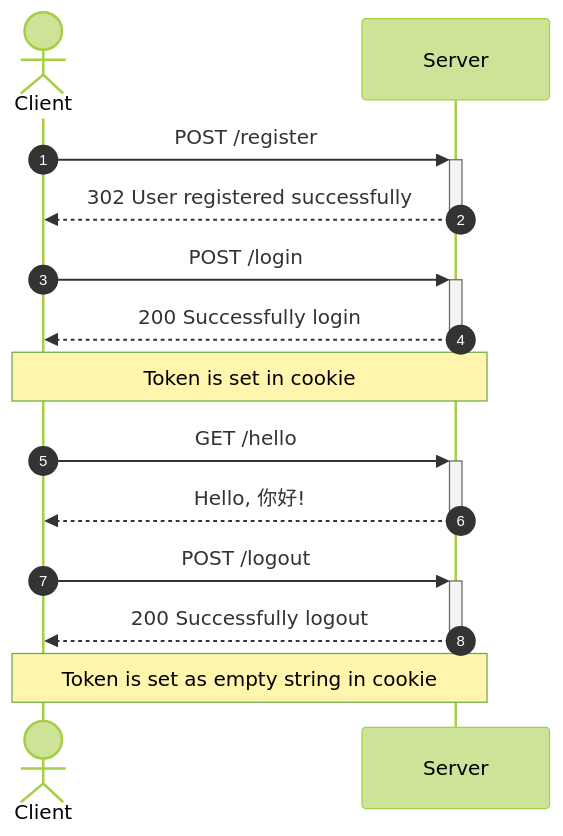
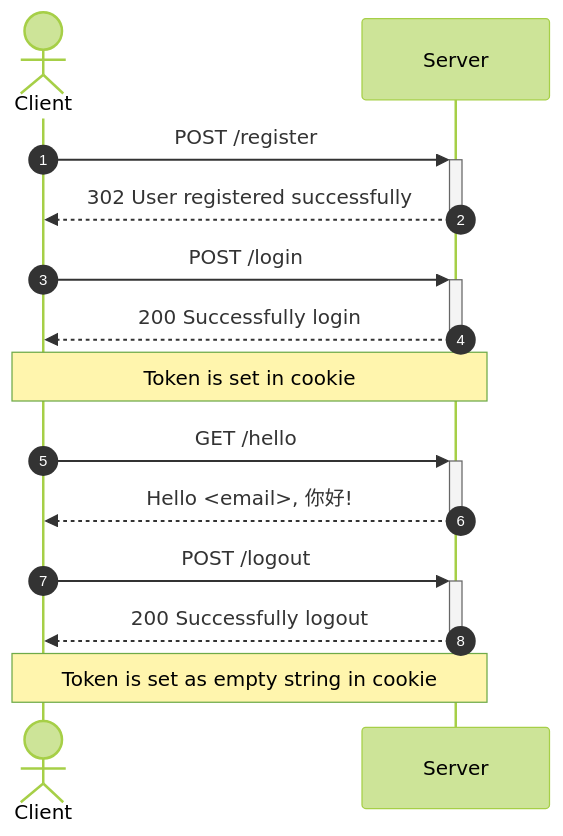
One commit to ngshiheng/worker-auth changed the diagram in README.md. Above: the diagram before and after it, drawn with Mermaid (forest theme). The commit also changed other lines of this file, not shown here.

````diff
--- a/README.md
+++ b/README.md
@@ -19,17 +25,17 @@
 ```mermaid
 sequenceDiagram
     autonumber
     actor Client
     participant Server
 
     Client->>+Server: POST /register
     Server-->>-Client: 302 User registered successfully
     Client->>+Server: POST /login
     Server-->>-Client: 200 Successfully login
     Note over Client,Server: Token is set in cookie
     Client->>+Server: GET /hello
-    Server-->>-Client: Hello, 你好!
+    Server-->>-Client: Hello <email>, 你好!
     Client->>+Server: POST /logout
     Server-->>-Client: 200 Successfully logout
     Note over Client,Server: Token is set as empty string in cookie
 ```
````
